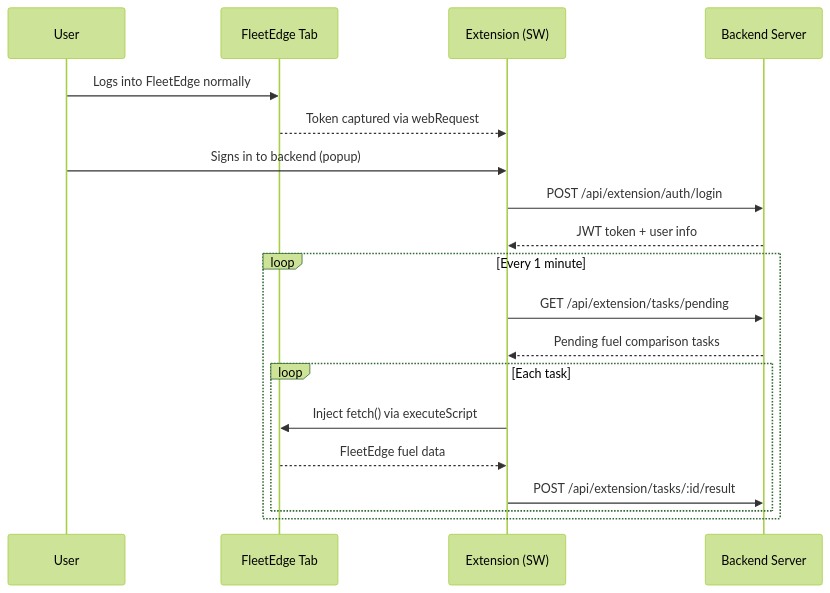
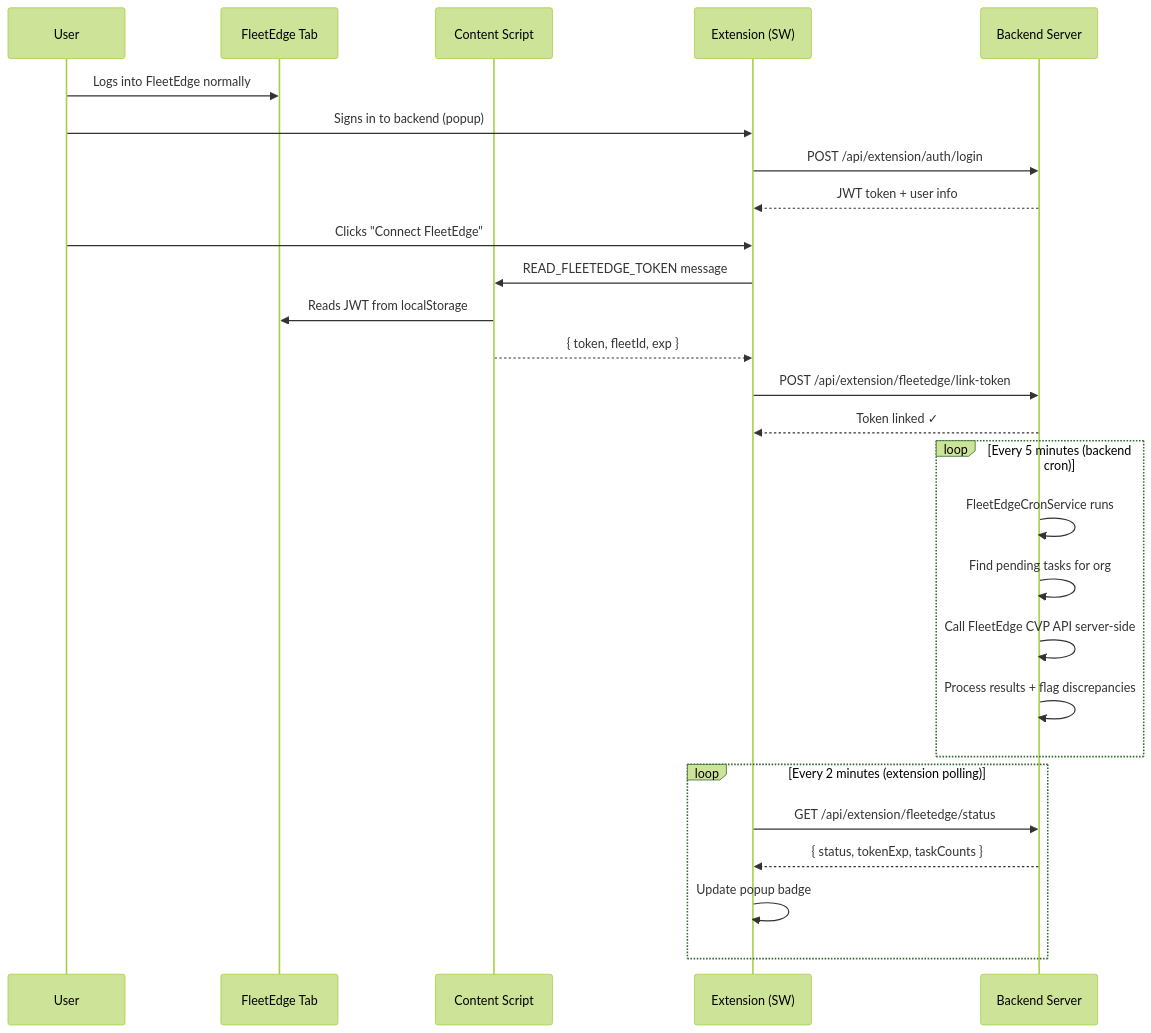
Before and after one commit to GNB-motors/plugin: the first of 2 diagrams in extension/README.md, drawn with Mermaid (forest theme). The commit also changed other lines of this file and 19 other files, not shown here.

Commit message:
Refactor FleetEdge Token Reader for CWS Compliance (MV3)

````diff
--- a/extension/README.md
+++ b/extension/README.md
@@ -13,23 +13,33 @@
 ```mermaid
 sequenceDiagram
     participant U as User
     participant FE as FleetEdge Tab
+    participant CS as Content Script
     participant EXT as Extension (SW)
     participant BE as Backend Server
 
     U->>FE: Logs into FleetEdge normally
-    FE-->>EXT: Token captured via webRequest
     U->>EXT: Signs in to backend (popup)
     EXT->>BE: POST /api/extension/auth/login
     BE-->>EXT: JWT token + user info
 
-    loop Every 1 minute
-        EXT->>BE: GET /api/extension/tasks/pending
-        BE-->>EXT: Pending fuel comparison tasks
-        loop Each task
-            EXT->>FE: Inject fetch() via executeScript
-            FE-->>EXT: FleetEdge fuel data
-            EXT->>BE: POST /api/extension/tasks/:id/result
-        end
+    U->>EXT: Clicks "Connect FleetEdge"
+    EXT->>CS: READ_FLEETEDGE_TOKEN message
+    CS->>FE: Reads JWT from localStorage
+    CS-->>EXT: { token, fleetId, exp }
+    EXT->>BE: POST /api/extension/fleetedge/link-token
+    BE-->>EXT: Token linked ✓
+
+    loop Every 5 minutes (backend cron)
+        BE->>BE: FleetEdgeCronService runs
+        BE->>BE: Find pending tasks for org
+        BE->>BE: Call FleetEdge CVP API server-side
+        BE->>BE: Process results + flag discrepancies
+    end
+
+    loop Every 2 minutes (extension polling)
+        EXT->>BE: GET /api/extension/fleetedge/status
+        BE-->>EXT: { status, tokenExp, taskCounts }
+        EXT->>EXT: Update popup badge
     end
 ```
````
